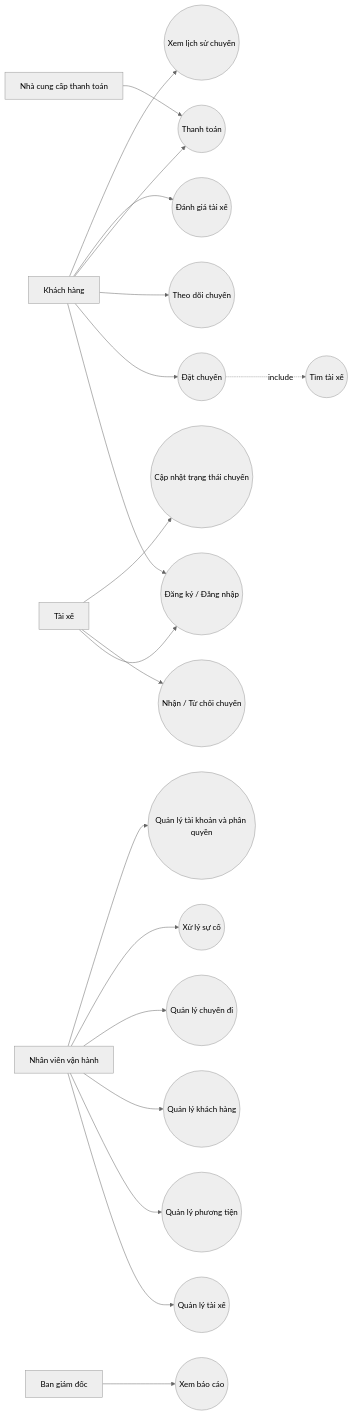
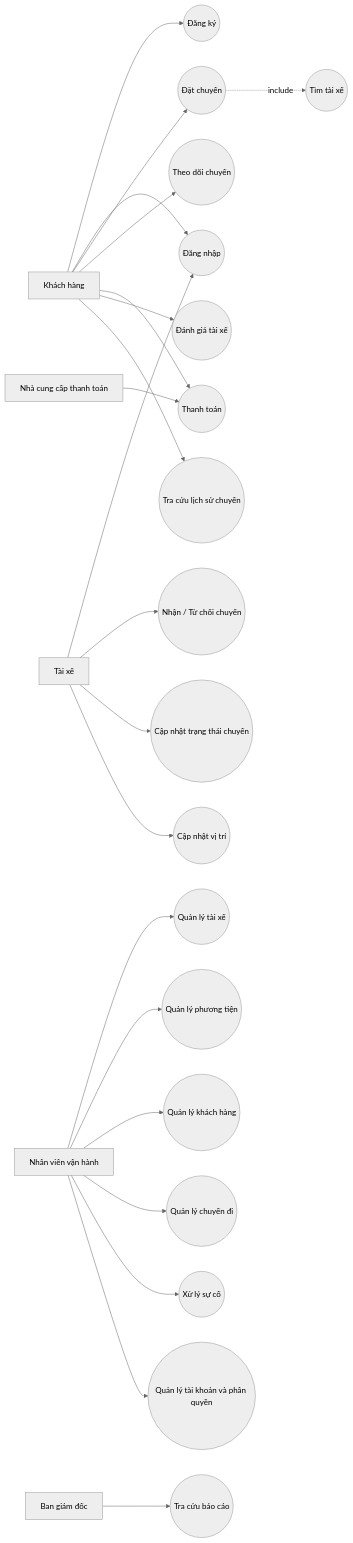
One commit to VoNgocHuyenTran/23664731_VoNgocHuyenTran_Cabsystem changed the third of 3 diagrams in srs.md. Above: the diagram before and after it, drawn with Mermaid (neutral theme). The commit also changed other lines of this file, not shown here.

````diff
--- a/srs.md
+++ b/srs.md
@@ -740,49 +741,48 @@
 ```mermaid
 flowchart LR
     KH[Khách hàng]
     TX[Tài xế]
     NV[Nhân viên vận hành]
     QL[Ban giám đốc]
     TT[Nhà cung cấp thanh toán]
 
-    UC1((Đăng ký / Đăng nhập))
-    UC2((Đặt chuyến))
-    UC3((Tìm tài xế))
-    UC4((Theo dõi chuyến))
-    UC5((Thanh toán))
-    UC6((Đánh giá tài xế))
-    UC7((Xem lịch sử chuyến))
-    UC8((Nhận / Từ chối chuyến))
-    UC9((Cập nhật trạng thái chuyến))
-    UC10((Quản lý tài xế))
-    UC11((Quản lý phương tiện))
-    UC12((Quản lý khách hàng))
-    UC13((Quản lý chuyến đi))
-    UC14((Xử lý sự cố))
-    UC15((Xem báo cáo))
-    UC16((Quản lý tài khoản và phân quyền))
+    UC01((Đăng ký))
+    UC02((Đăng nhập))
+    UC03((Đặt chuyến))
+    UC04((Tìm tài xế))
+    UC05((Theo dõi chuyến))
+    UC06((Thanh toán))
+    UC07((Đánh giá tài xế))
+    UC08((Tra cứu lịch sử chuyến))
+    UC09((Nhận / Từ chối chuyến))
+    UC10((Cập nhật trạng thái chuyến))
+    UC11((Cập nhật vị trí))
+    UC12((Quản lý tài xế))
+    UC13((Quản lý phương tiện))
+    UC14((Quản lý khách hàng))
+    UC15((Quản lý chuyến đi))
+    UC16((Xử lý sự cố))
+    UC17((Tra cứu báo cáo))
+    UC18((Quản lý tài khoản và phân quyền))
 
-    KH --> UC1
-    KH --> UC2
-    KH --> UC4
-    KH --> UC5
-    KH --> UC6
-    KH --> UC7
-
-    TX --> UC1
-    TX --> UC8
-    TX --> UC9
-
-    NV --> UC10
-    NV --> UC11
+    KH --> UC01
+    KH --> UC02
+    KH --> UC03
+    KH --> UC05
+    KH --> UC06
+    KH --> UC07
+    KH --> UC08
+    TX --> UC02
+    TX --> UC09
+    TX --> UC10
+    TX --> UC11
     NV --> UC12
     NV --> UC13
     NV --> UC14
+    NV --> UC15
     NV --> UC16
-
-    QL --> UC15
-
-    TT --> UC5
-
-    UC2 -.->|include| UC3
+    NV --> UC18
+    QL --> UC17
+    TT --> UC06
+    UC03 -.->|include| UC04
 ```
````
